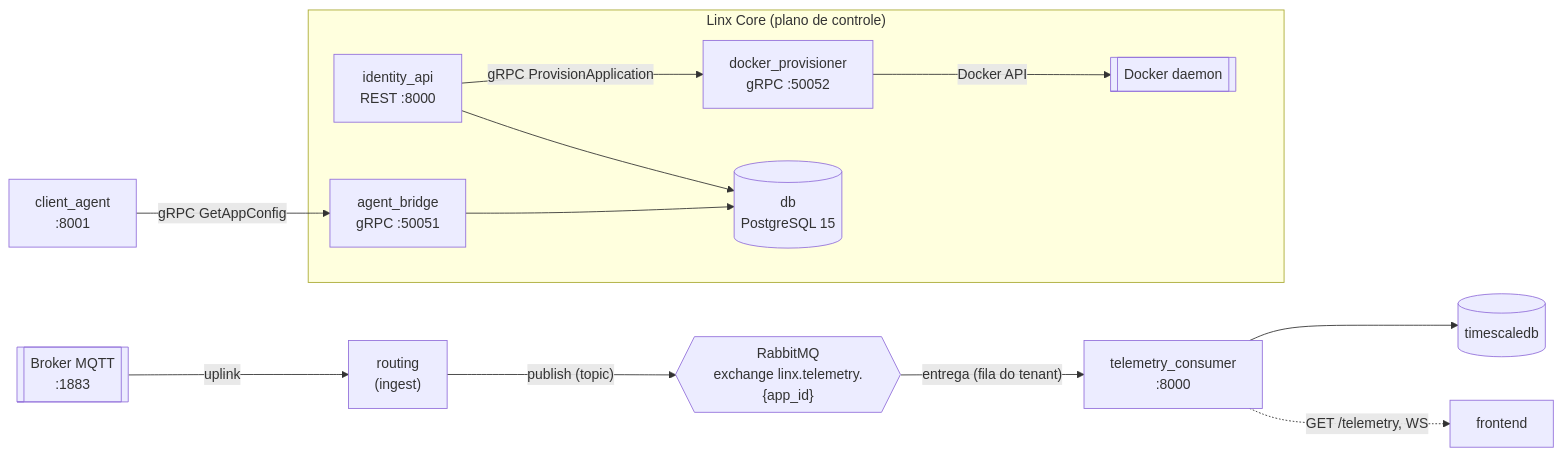
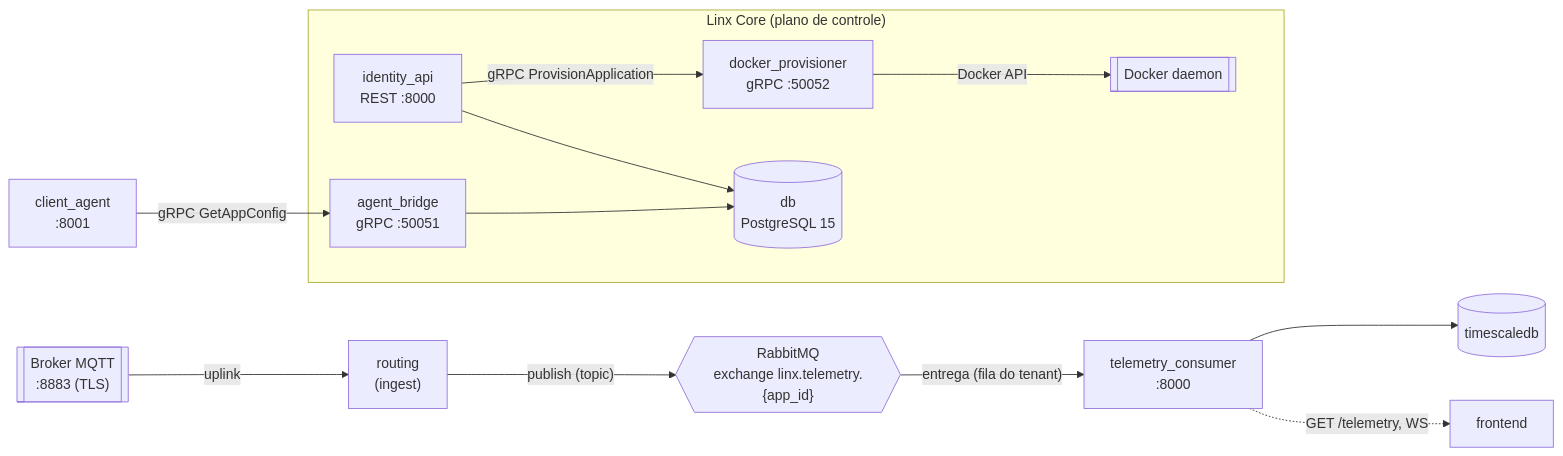
One commit to IncludeLuisFerreira/LINX-LoRaWAN-Intelligence-Nexus changed the first of 3 diagrams in docs/comunicacao_entre_servicos.md. Above: the diagram before and after it, drawn with Mermaid. The commit also changed other lines of this file and 100 other files, not shown here.

````diff
--- a/docs/comunicacao_entre_servicos.md
+++ b/docs/comunicacao_entre_servicos.md
@@ -49,27 +49,27 @@
 ```mermaid
 flowchart LR
     subgraph SaaS["Linx Core (plano de controle)"]
         ID["identity_api<br/>REST :8000"]
         AB["agent_bridge<br/>gRPC :50051"]
         DP["docker_provisioner<br/>gRPC :50052"]
         DB[("db<br/>PostgreSQL 15")]
         ID --> DB
         AB --> DB
         ID -- "gRPC ProvisionApplication" --> DP
         DP -- "Docker API" --> DK[["Docker daemon"]]
     end
 
-    MQTT[["Broker MQTT<br/>:1883"]]
+    MQTT[["Broker MQTT<br/>:8883 (TLS)"]]
     RT["routing<br/>(ingest)"]
     RMQ{{"RabbitMQ<br/>exchange linx.telemetry.{app_id}"}}
     CA["client_agent<br/>:8001"]
     TC["telemetry_consumer<br/>:8000"]
     TS[("timescaledb")]
 
     MQTT -- "uplink" --> RT
     RT -- "publish (topic)" --> RMQ
     RMQ -- "entrega (fila do tenant)" --> TC
     CA -- "gRPC GetAppConfig" --> AB
     TC --> TS
     TC -. "GET /telemetry, WS" .-> FE["frontend"]
 ```
````
